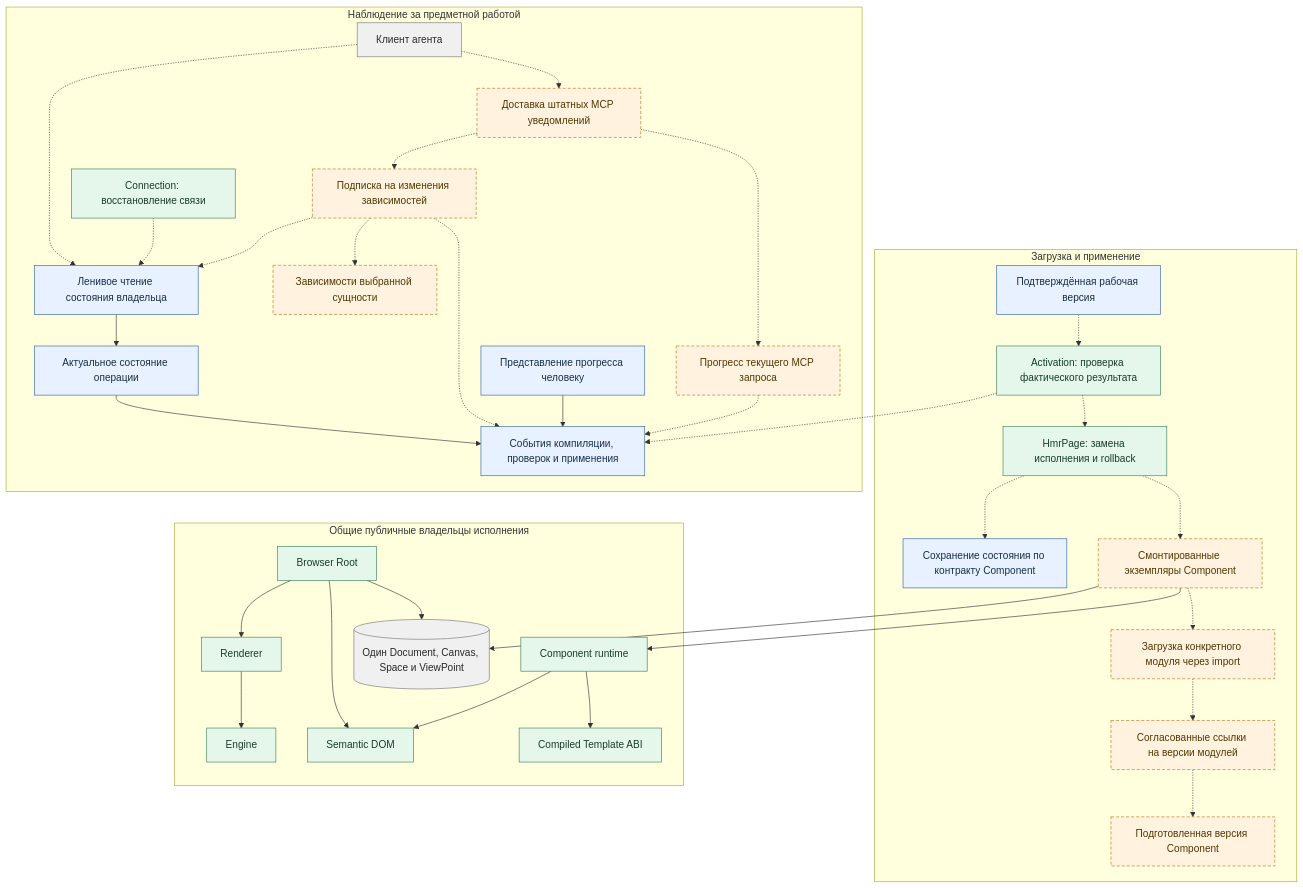
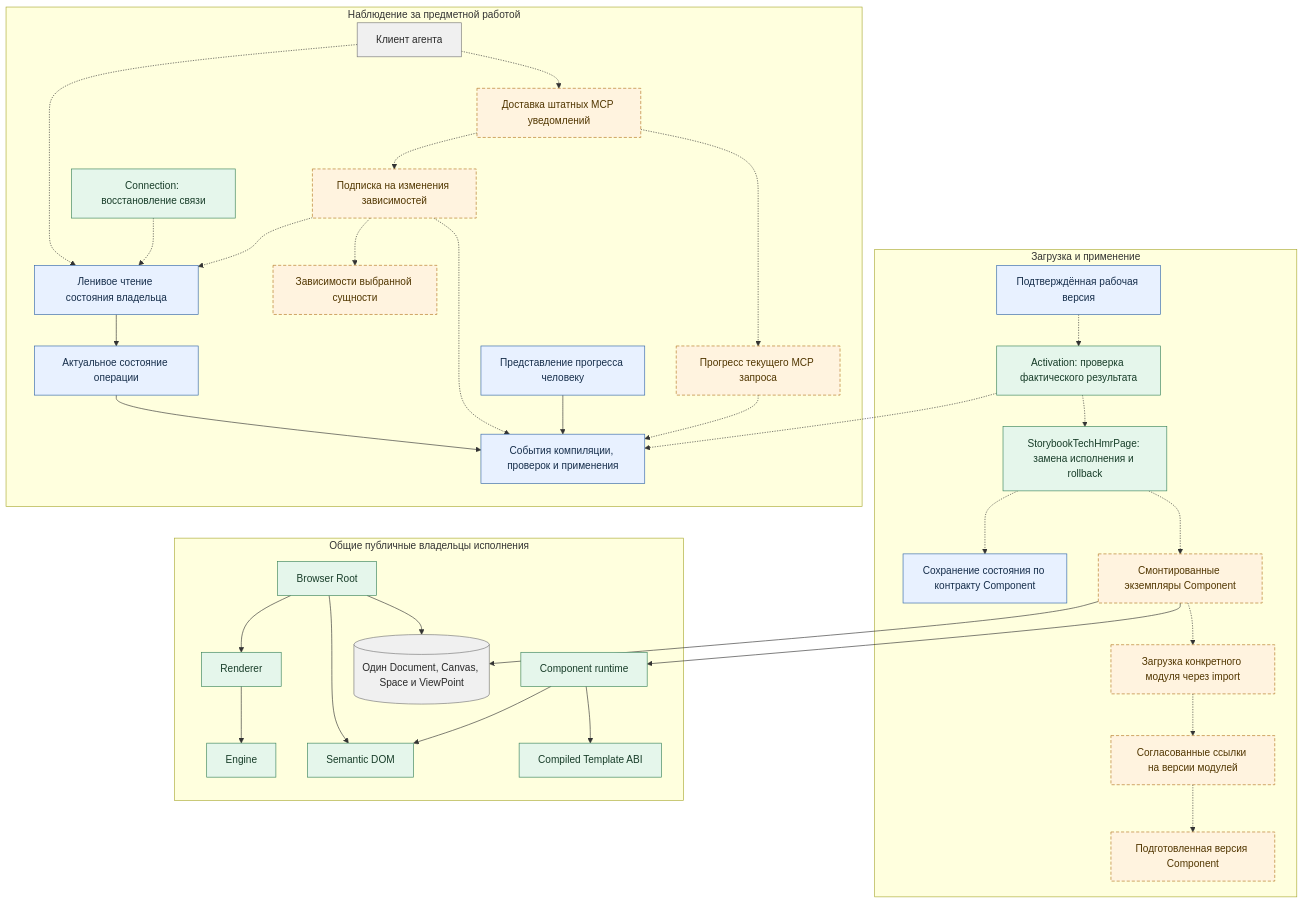
Before and after one commit to zavx0z/storybook: the diagram in app/web/build/notes/draft-decomposition-runtime.mmd, drawn with Mermaid. The commit also changed 921 other files, not shown here.

```diff
--- a/app/web/build/notes/draft-decomposition-runtime.mmd
+++ b/app/web/build/notes/draft-decomposition-runtime.mmd
@@ -1,76 +1,76 @@
 %% Целевая компонентная загрузка и доставка обратной связи.
 %% Пунктир — предлагаемые связи. Существующий HMR действует на package/page scope;
 %% использование его для отдельного Component ещё требует проверки контракта.
 %% Источники: runtime/revision-loader.ts, runtime/component-presentation.ts,
 %% runtime/page-entry.ts, tech/hmr/page, hmr/activation, tech/hmr/connection,
 %% server/events.ts, mcp/server/index.ts, mcp/server/src/resources.ts.
 flowchart TB
   subgraph runtime["Загрузка и применение"]
     Candidate["Подготовленная версия Component"]
     ModuleMap["Согласованные ссылки на версии модулей"]
     ModuleLoader["Загрузка конкретного модуля через import"]
     Instances["Смонтированные экземпляры Component"]
-    Replace["HmrPage: замена исполнения и rollback"]
+    Replace["StorybookTechHmrPage: замена исполнения и rollback"]
     StateTransfer["Сохранение состояния по контракту Component"]
     Activation["Activation: проверка фактического результата"]
     ActiveVersion["Подтверждённая рабочая версия"]
     ModuleMap -.-> Candidate
     ModuleLoader -.-> ModuleMap
     Instances -.-> ModuleLoader
     Replace -.-> Instances
     Replace -.-> StateTransfer
     Activation -.-> Replace
     ActiveVersion -.-> Activation
   end
 
   subgraph common["Общие публичные владельцы исполнения"]
     Browser["Browser Root"]
     ComponentRuntime["Component runtime"]
     TemplateRuntime["Compiled Template ABI"]
     Dom["Semantic DOM"]
     Renderer["Renderer"]
     Engine["Engine"]
     Experience[("Один Document, Canvas, Space и ViewPoint")]
     Browser --> Experience
     Browser --> Dom
     Browser --> Renderer
     Renderer --> Engine
     ComponentRuntime --> TemplateRuntime
     ComponentRuntime --> Dom
     Instances --> ComponentRuntime
     Instances --> Experience
   end
 
   subgraph observation["Наблюдение за предметной работой"]
     OperationEvents["События компиляции, проверок и применения"]
     OperationState["Актуальное состояние операции"]
     Interested["Зависимости выбранной сущности"]
     ReadState["Ленивое чтение состояния владельца"]
     RequestProgress["Прогресс текущего MCP запроса"]
     DependencySubscription["Подписка на изменения зависимостей"]
     Reconnect["Connection: восстановление связи"]
     McpDelivery["Доставка штатных MCP уведомлений"]
     Client["Клиент агента"]
     ProgressView["Представление прогресса человеку"]
     OperationState --> OperationEvents
     ReadState --> OperationState
     RequestProgress -.-> OperationEvents
     DependencySubscription -.-> OperationEvents
     DependencySubscription -.-> Interested
     DependencySubscription -.-> ReadState
     Reconnect -.-> ReadState
     McpDelivery -.-> RequestProgress
     McpDelivery -.-> DependencySubscription
     Client -.-> McpDelivery
     Client -.-> ReadState
     ProgressView --> OperationEvents
     Activation -.-> OperationEvents
   end
   classDef existing fill:#e8f1ff,stroke:#3266a8,color:#162e4b
   classDef public fill:#e5f6eb,stroke:#39835a,color:#183d29
   classDef planned fill:#fff3df,stroke:#b57720,stroke-dasharray:5 3,color:#513600
   classDef data fill:#f0f0f0,stroke:#777,color:#292929
   class StateTransfer,ActiveVersion,OperationEvents,OperationState,ReadState,ProgressView existing
   class Browser,ComponentRuntime,TemplateRuntime,Dom,Renderer,Engine,Replace,Activation,Reconnect public
   class Candidate,ModuleMap,ModuleLoader,Instances,Interested,RequestProgress,DependencySubscription,McpDelivery planned
   class Experience,Client data
```
